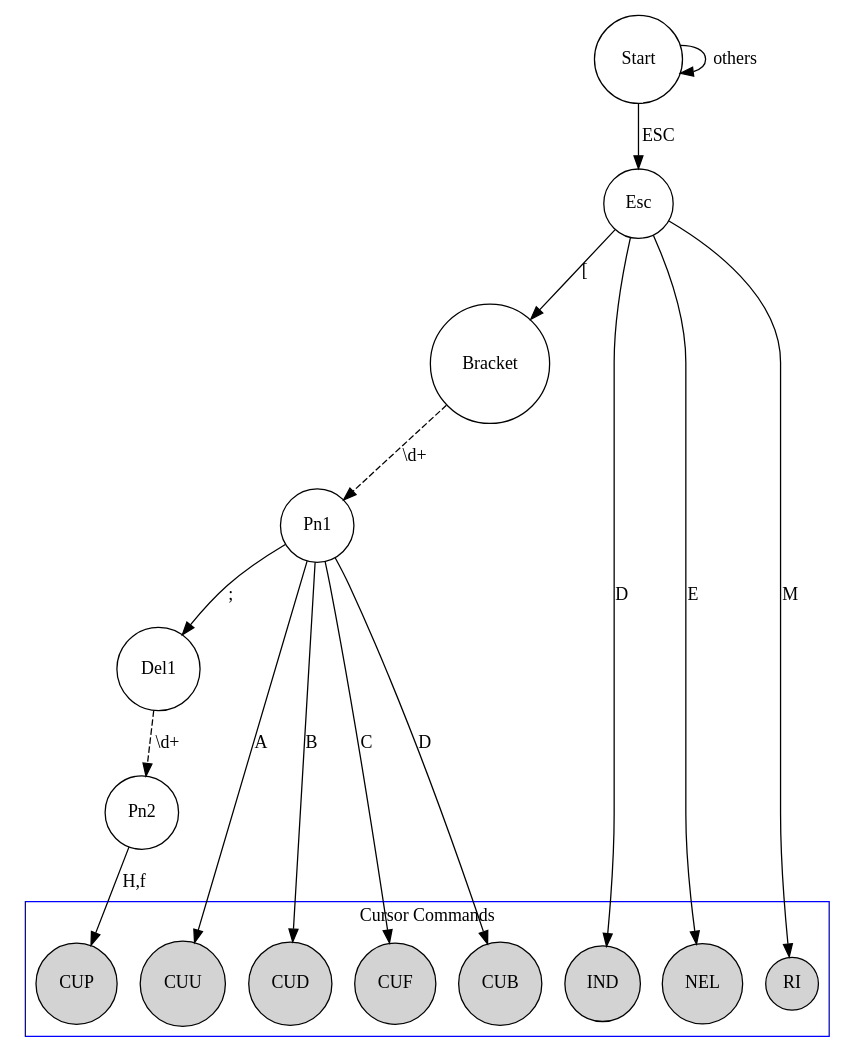
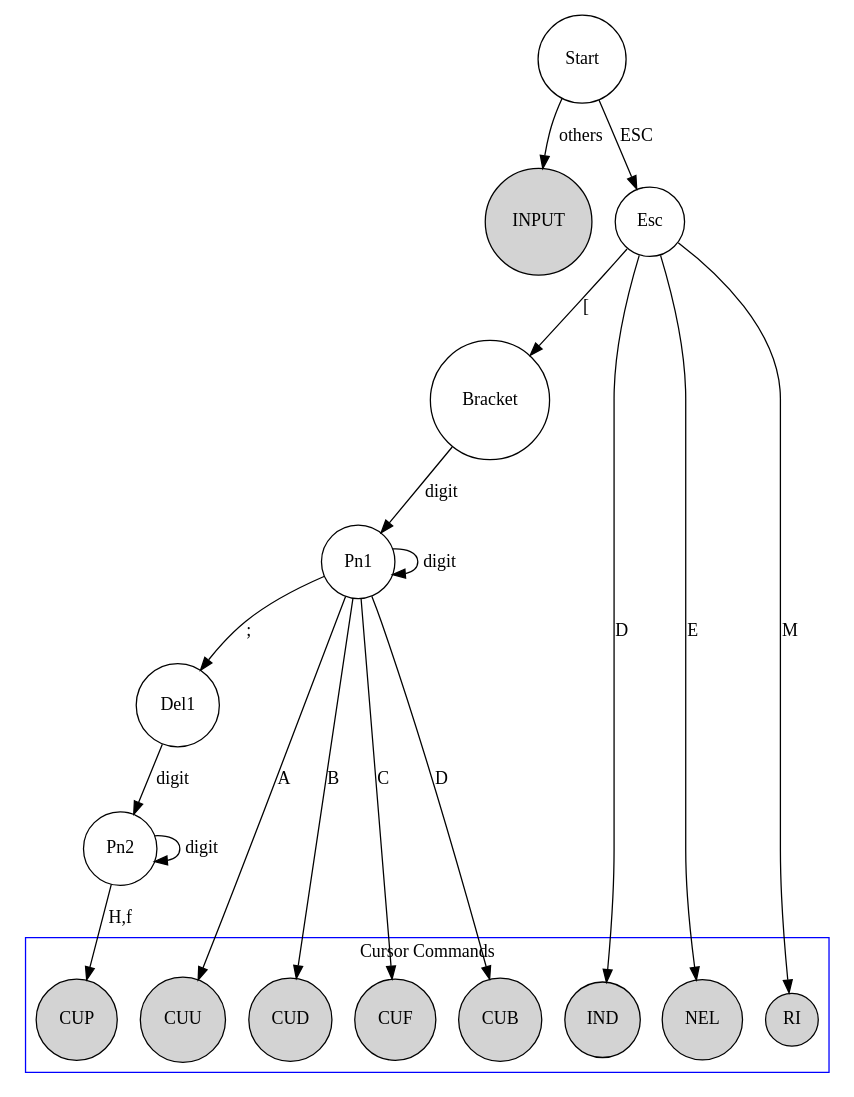
The diagram in doc/DFA.dot (Harry-Chen/fpga-virtual-console), drawn with Graphviz before and after one commit. The commit also changed 5 other files, not shown here.

```diff
--- a/doc/DFA.dot
+++ b/doc/DFA.dot
@@ -1,61 +1,64 @@
 digraph DFA {   
 //	edge[fontname="FangSong"];  
 //	node[peripheries=2, fontname="FangSong"];  
 	size="16, 16";  
 	node[shape=circle];  
 
 	Start;
 
-	Start->Start[label=others];
+	INPUT[style=filled];
+	Start->INPUT[label=others];
 
 	/* Basic structure */
 
 	// ESC
 	Start->Esc[label=ESC];
 
 	// ESC [
 	Esc->Bracket[label="["];
 
 	// ESC [ Pn
-	Bracket->Pn1[label="\\d+", style=dashed];
+	Bracket->Pn1[label="digit"];
+	Pn1->Pn1[label="digit"];
 
 	// ESC [ Pn; 
 	Pn1->Del1[label=";"];
 
 	// ESC [ Pn; Pn
-	Del1->Pn2[label="\\d+", style=dashed];
+	Del1->Pn2[label="digit"];
+	Pn2->Pn2[label="digit"];
 
 
 	/* Cursor Movement Commands */
 	subgraph cluster1 {
 		node[style=filled];
         color=blue;
         label="Cursor Commands";  
 		CUU; CUD; CUF; CUB; 
 		CUP; IND; NEL; RI;
 	}
 
 	// ESC [ Pn A
 	Pn1->CUU[label=A];  // Cursor up
 
 	// ESC [ Pn B
 	Pn1->CUD[label=B];  // Cursor down
 
 	// ESC [ Pn C
 	Pn1->CUF[label=C];  // Cursor forward (right)
 
 	// ESC [ Pn B
 	Pn1->CUB[label=D];  // Cursor backward (left)
 
 	// ESC [ Pn; Pn H 
 	Pn2->CUP[label="H,f"]; // Cursor Position
 
 	// ESC D
 	Esc->IND[label=D];  // Index
 
 	// ESC E
 	Esc->NEL[label=E];  // Next line
 
 	// ESC M
 	Esc->RI[label=M];  // Reserve Index
 }         
```
